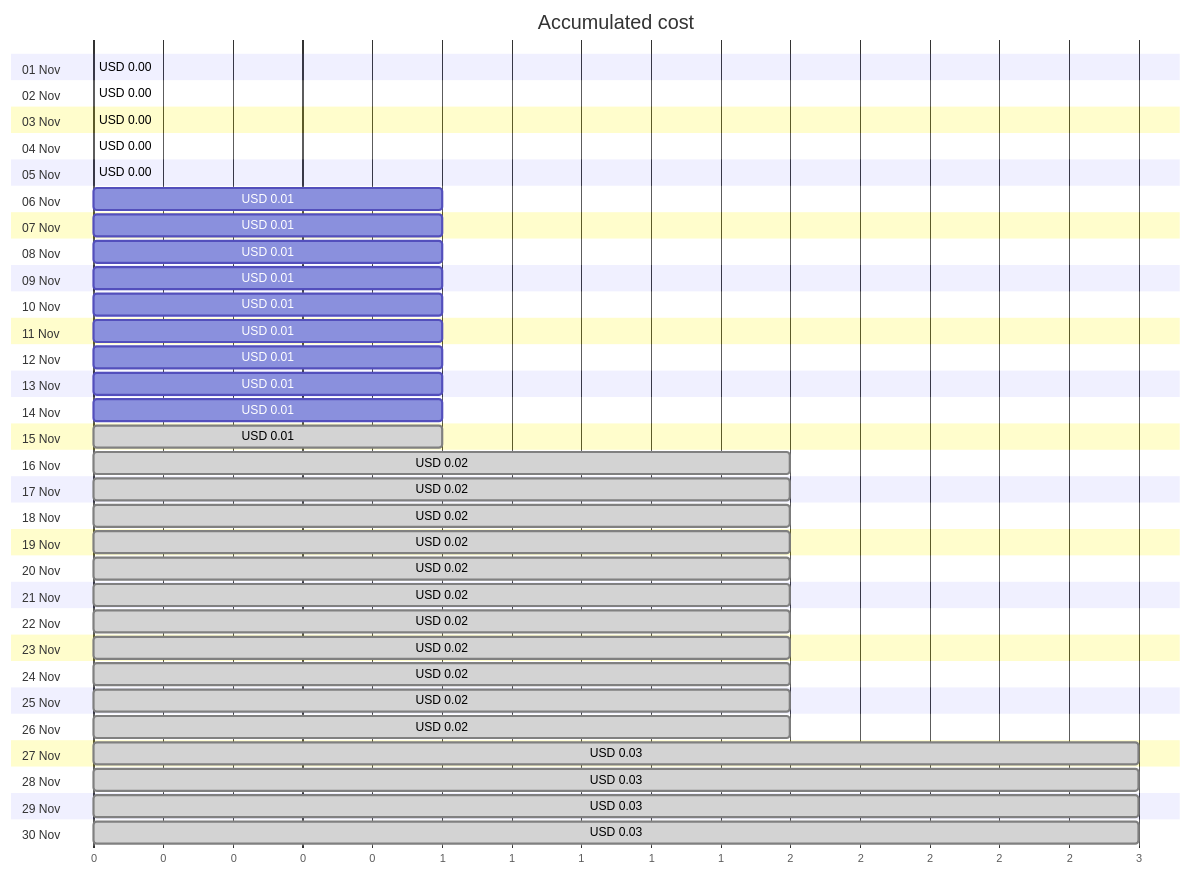
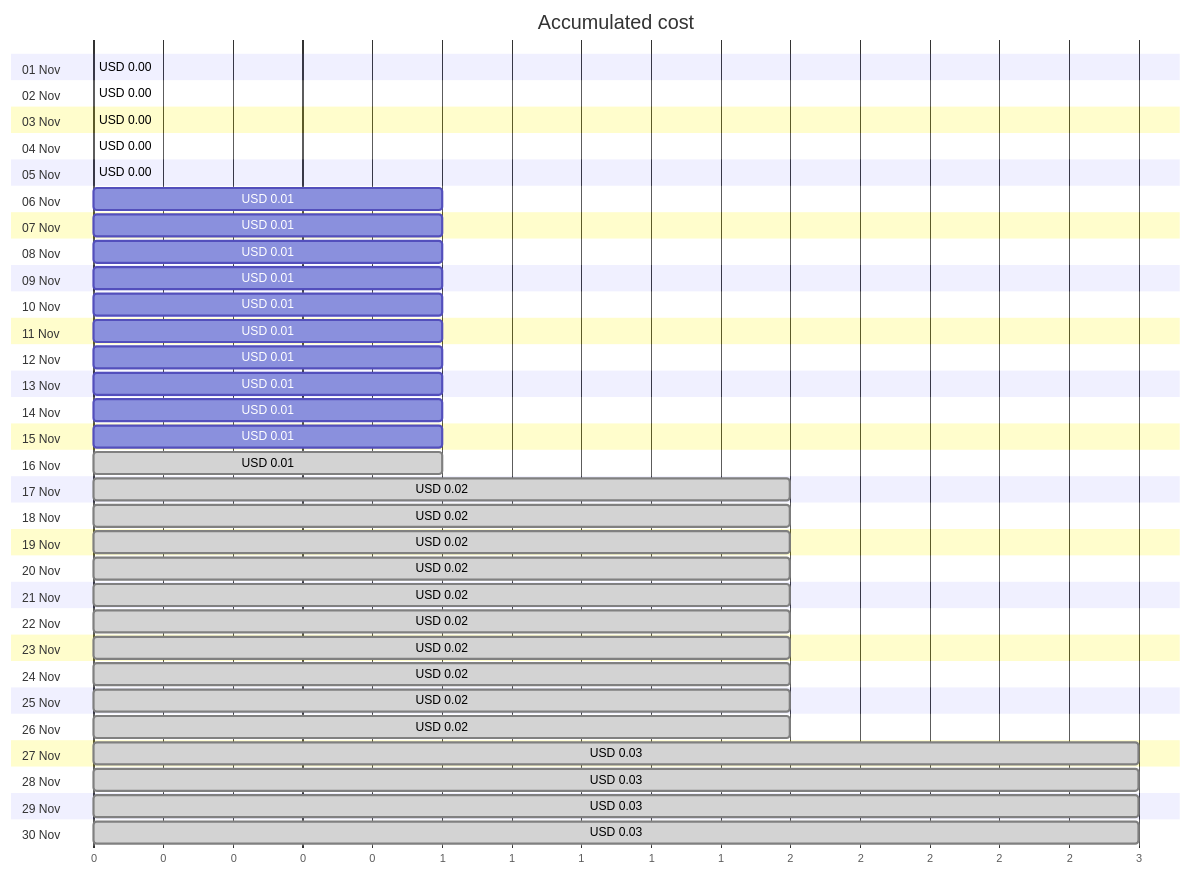
Before and after one commit to jpfulton/azure-personal-reports: the first of 4 diagrams in cost-reports/personal-site/personalsiteapipreview.md, drawn with Mermaid. The commit also changed other lines of this file and 6 other files, not shown here.

````diff
--- a/cost-reports/personal-site/personalsiteapipreview.md
+++ b/cost-reports/personal-site/personalsiteapipreview.md
@@ -20,66 +20,66 @@
 ```mermaid
 gantt
    title Accumulated cost
    dateFormat  X
    axisFormat %s
    section 01 Nov
    USD 0.00 :0, 0
    section 02 Nov
    USD 0.00 :0, 0
    section 03 Nov
    USD 0.00 :0, 0
    section 04 Nov
    USD 0.00 :0, 0
    section 05 Nov
    USD 0.00 :0, 0
    section 06 Nov
    USD 0.01 :0, 1
    section 07 Nov
    USD 0.01 :0, 1
    section 08 Nov
    USD 0.01 :0, 1
    section 09 Nov
    USD 0.01 :0, 1
    section 10 Nov
    USD 0.01 :0, 1
    section 11 Nov
    USD 0.01 :0, 1
    section 12 Nov
    USD 0.01 :0, 1
    section 13 Nov
    USD 0.01 :0, 1
    section 14 Nov
    USD 0.01 :0, 1
    section 15 Nov
+   USD 0.01 :0, 1
+   section 16 Nov
    USD 0.01 : done, 0, 1
-   section 16 Nov
-   USD 0.02 : done, 0, 2
    section 17 Nov
    USD 0.02 : done, 0, 2
    section 18 Nov
    USD 0.02 : done, 0, 2
    section 19 Nov
    USD 0.02 : done, 0, 2
    section 20 Nov
    USD 0.02 : done, 0, 2
    section 21 Nov
    USD 0.02 : done, 0, 2
    section 22 Nov
    USD 0.02 : done, 0, 2
    section 23 Nov
    USD 0.02 : done, 0, 2
    section 24 Nov
    USD 0.02 : done, 0, 2
    section 25 Nov
    USD 0.02 : done, 0, 2
    section 26 Nov
    USD 0.02 : done, 0, 2
    section 27 Nov
    USD 0.03 : done, 0, 3
    section 28 Nov
    USD 0.03 : done, 0, 3
    section 29 Nov
    USD 0.03 : done, 0, 3
    section 30 Nov
    USD 0.03 : done, 0, 3
 ```
````
